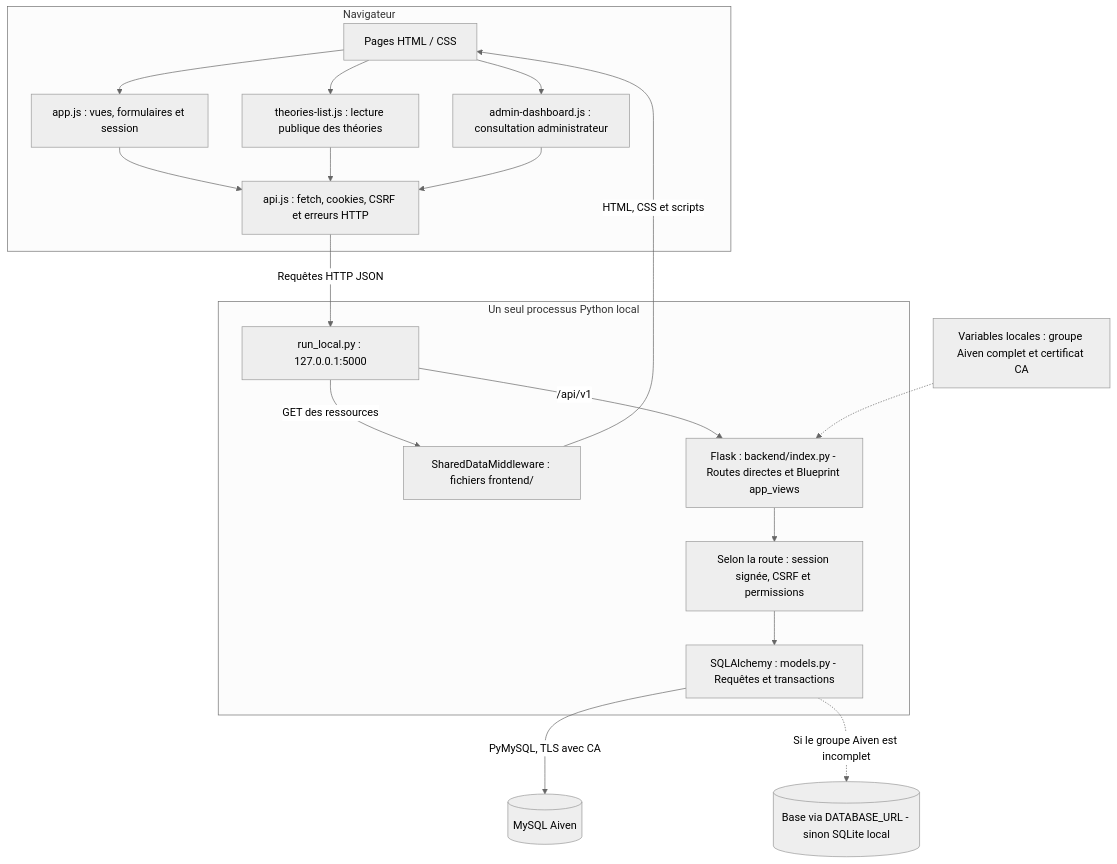
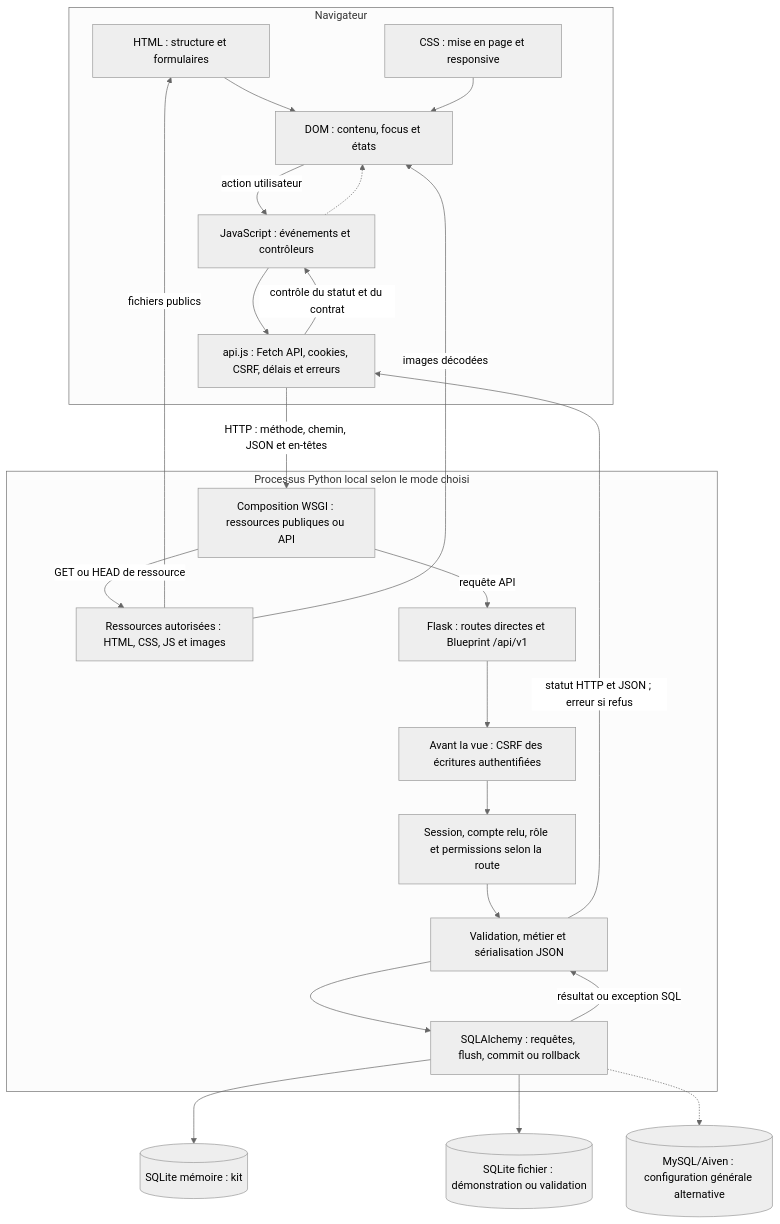
One commit to Leyvsi/portfolio changed the first of 3 diagrams in README.md. Above: the diagram before and after it, drawn with Mermaid (neutral theme). The commit also changed other lines of this file and 204 other files, not shown here.

````diff
--- a/README.md
+++ b/README.md
@@ -87,32 +86,36 @@
 ```mermaid
 flowchart TB
   subgraph NAV["Navigateur"]
-    PAGE["Pages HTML / CSS"]
-    APP["app.js : vues, formulaires et session"]
-    TL["theories-list.js : lecture publique des théories"]
-    AD["admin-dashboard.js : consultation administrateur"]
-    CLIENT["api.js : fetch, cookies, CSRF et erreurs HTTP"]
-    PAGE --> APP
-    PAGE --> TL
-    PAGE --> AD
-    APP --> CLIENT
-    TL --> CLIENT
-    AD --> CLIENT
+    PAGE["HTML : structure et formulaires"]
+    CSS["CSS : mise en page et responsive"]
+    DOM["DOM : contenu, focus et états"]
+    JS["JavaScript : événements et contrôleurs"]
+    CLIENT["api.js : Fetch API, cookies, CSRF, délais et erreurs"]
+    PAGE --> DOM
+    CSS --> DOM
+    DOM -->|"action utilisateur"| JS
+    JS --> CLIENT
+    JS -.-> DOM
   end
-  subgraph LOCAL["Un seul processus Python local"]
-    RUN["run_local.py : 127.0.0.1:5000"]
-    STATIC["SharedDataMiddleware : fichiers frontend/"]
-    FLASK["Flask : backend/index.py - Routes directes et Blueprint app_views"]
-    SEC["Selon la route : session signée, CSRF et permissions"]
-    ORM["SQLAlchemy : models.py - Requêtes et transactions"]
-    RUN -->|"GET des ressources"| STATIC
-    RUN -->|"/api/v1"| FLASK
-    FLASK --> SEC
-    SEC --> ORM
+  subgraph APP["Processus Python local selon le mode choisi"]
+    WSGI["Composition WSGI : ressources publiques ou API"]
+    STATIC["Ressources autorisées : HTML, CSS, JS et images"]
+    FLASK["Flask : routes directes et Blueprint /api/v1"]
+    CSRF["Avant la vue : CSRF des écritures authentifiées"]
+    AUTH["Session, compte relu, rôle et permissions selon la route"]
+    VIEW["Validation, métier et sérialisation JSON"]
+    ORM["SQLAlchemy : requêtes, flush, commit ou rollback"]
+    WSGI -->|"GET ou HEAD de ressource"| STATIC
+    WSGI -->|"requête API"| FLASK
+    FLASK --> CSRF --> AUTH --> VIEW --> ORM
   end
-  STATIC -->|"HTML, CSS et scripts"| PAGE
-  CLIENT -->|"Requêtes HTTP JSON"| RUN
-  CONF["Variables locales : groupe Aiven complet et certificat CA"] -.-> FLASK
-  ORM -->|"PyMySQL, TLS avec CA"| MYSQL[("MySQL Aiven")]
-  ORM -.->|"Si le groupe Aiven est incomplet"| ALT[("Base via DATABASE_URL - sinon SQLite local")]
+  CLIENT -->|"HTTP : méthode, chemin, JSON et en-têtes"| WSGI
+  STATIC -->|"fichiers publics"| PAGE
+  STATIC -->|"images décodées"| DOM
+  ORM --> MEM[("SQLite mémoire : kit")]
+  ORM --> DISK[("SQLite fichier : démonstration ou validation")]
+  ORM -.-> MYSQL[("MySQL/Aiven : configuration générale alternative")]
+  ORM -->|"résultat ou exception SQL"| VIEW
+  VIEW -->|"statut HTTP et JSON ; erreur si refus"| CLIENT
+  CLIENT -->|"contrôle du statut et du contrat"| JS
 ```
````
